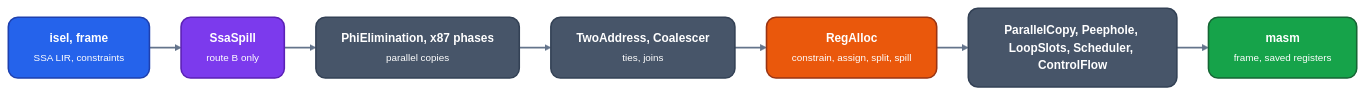
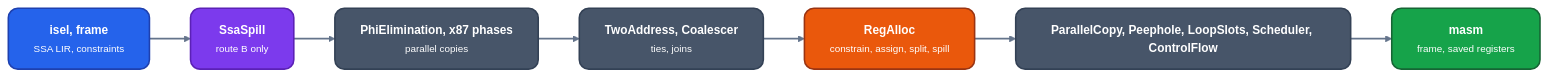
Before and after one commit to ali-mosavian/llrm: the diagram in docs/machine/register-allocation/readme.md, drawn with Mermaid. The commit also changed 15 other files, not shown here.

Commit message:
docs(build): lint edge labels, --fix-style, # Example check, header mir test

````diff
--- a/docs/machine/register-allocation/readme.md
+++ b/docs/machine/register-allocation/readme.md
@@ -24,18 +24,18 @@
 ```mermaid
-%%{init: {'theme':'base','themeVariables':{'fontFamily':'Segoe UI, Helvetica Neue, Arial, DejaVu Sans, sans-serif','fontSize':'15px','primaryColor':'#475569','primaryTextColor':'#ffffff','primaryBorderColor':'#334155','lineColor':'#64748b','secondaryColor':'#475569','tertiaryColor':'transparent','clusterBkg':'transparent','clusterBorder':'#64748b','edgeLabelBackground':'#334155','textColor':'#64748b','titleColor':'#64748b'},'flowchart':{'curve':'basis','nodeSpacing':30,'rankSpacing':40,'padding':16,'htmlLabels':true,'useMaxWidth':true}}}%%
+%%{init: {'theme':'base','themeVariables':{'fontFamily':'Segoe UI, Helvetica Neue, Arial, DejaVu Sans, sans-serif','fontSize':'15px','primaryColor':'#475569','primaryTextColor':'#ffffff','primaryBorderColor':'#334155','lineColor':'#64748b','secondaryColor':'#475569','tertiaryColor':'transparent','clusterBkg':'transparent','clusterBorder':'#64748b','edgeLabelBackground':'#334155','textColor':'#64748b','titleColor':'#64748b'},'flowchart':{'curve':'basis','nodeSpacing':38,'rankSpacing':52,'padding':16,'wrappingWidth':360,'htmlLabels':true,'useMaxWidth':true}}}%%
 flowchart LR
   classDef src fill:#2563eb,stroke:#1e40af,stroke-width:2px,color:#ffffff,rx:12px,ry:12px
   classDef mid fill:#475569,stroke:#334155,stroke-width:2px,color:#ffffff,rx:12px,ry:12px
   classDef opt fill:#ea580c,stroke:#9a3412,stroke-width:2px,color:#ffffff,rx:12px,ry:12px
   classDef out fill:#16a34a,stroke:#166534,stroke-width:2px,color:#ffffff,rx:12px,ry:12px
   classDef data fill:#7c3aed,stroke:#5b21b6,stroke-width:2px,color:#ffffff,rx:12px,ry:12px
   linkStyle default stroke:#64748b,stroke-width:2.2px
   isel["<b>isel, frame</b><br/><small>SSA LIR, constraints</small>"]:::src
   ssa["<b>SsaSpill</b><br/><small>route B only</small>"]:::data
   phi["<b>PhiElimination, x87 phases</b><br/><small>parallel copies</small>"]:::mid
   tw["<b>TwoAddress, Coalescer</b><br/><small>ties, joins</small>"]:::mid
   ra["<b>RegAlloc</b><br/><small>constrain, assign, split, spill</small>"]:::opt
   pp["<b>ParallelCopy, Peephole, LoopSlots, Scheduler, ControlFlow</b>"]:::mid
   masm["<b>masm</b><br/><small>frame, saved registers</small>"]:::out
   isel --> ssa --> phi --> tw --> ra --> pp --> masm
 ```
````
